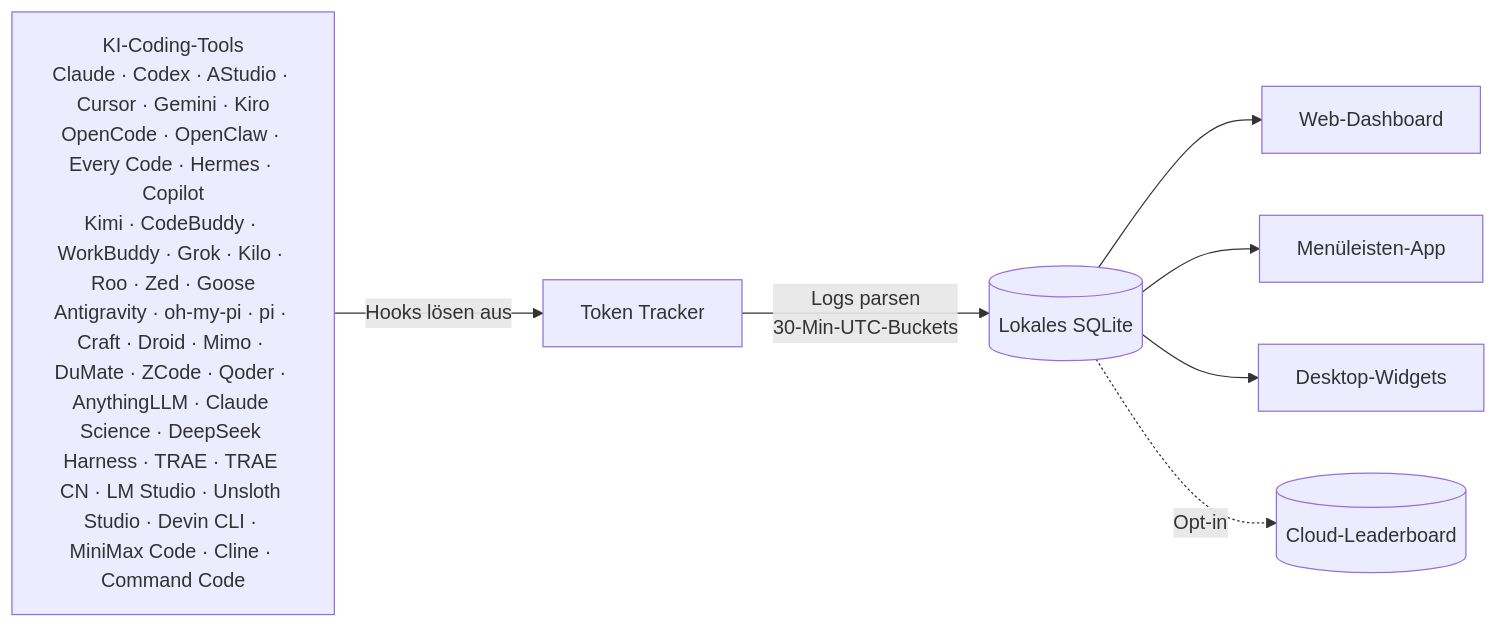
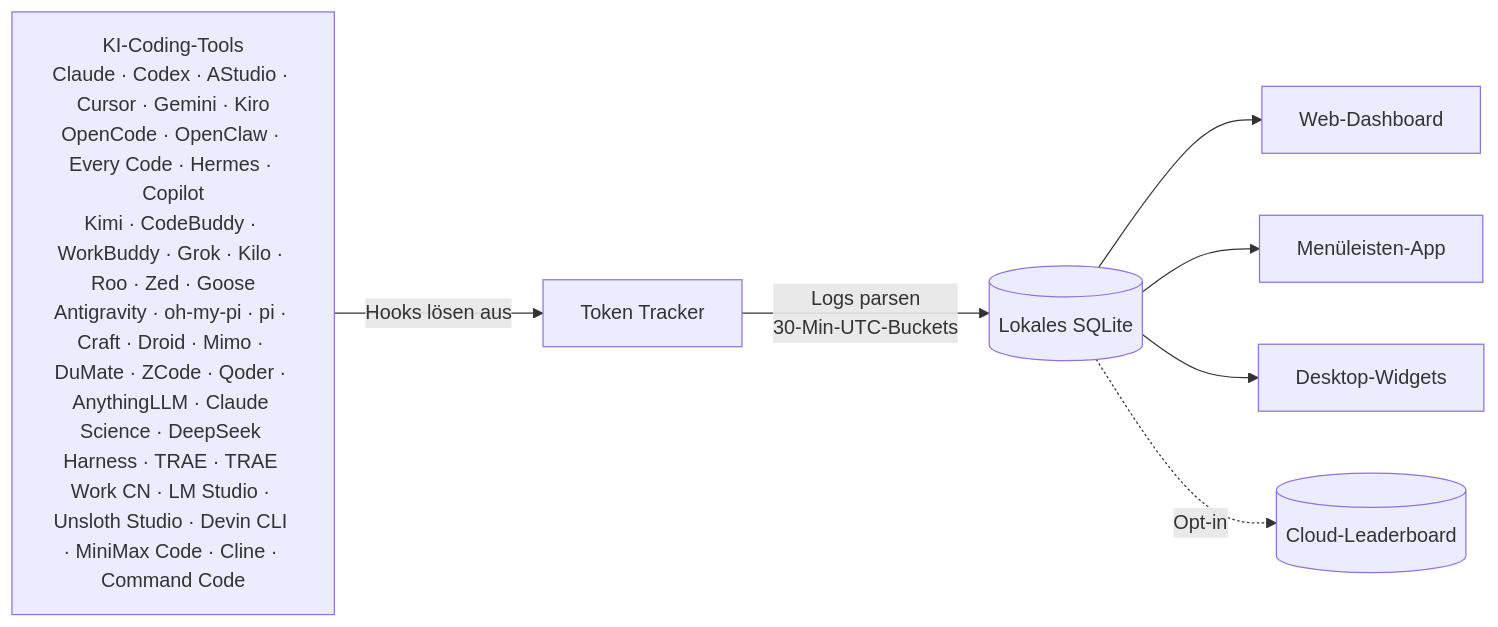
The diagram in README.de.md (01UNCLEDOG01/TokenTracker-Plus), drawn with Mermaid before and after one commit. The commit also changed other lines of this file and 74 other files, not shown here.

````diff
--- a/README.de.md
+++ b/README.de.md
@@ -206,10 +207,10 @@
 ```mermaid
 flowchart LR
-    A["KI-Coding-Tools<br/>Claude · Codex · AStudio · Cursor · Gemini · Kiro<br/>OpenCode · OpenClaw · Every Code · Hermes · Copilot<br/>Kimi · CodeBuddy · WorkBuddy · Grok · Kilo · Roo · Zed · Goose<br/>Antigravity · oh-my-pi · pi · Craft · Droid · Mimo · DuMate · ZCode · Qoder · AnythingLLM · Claude Science · DeepSeek Harness · TRAE · TRAE CN · LM Studio · Unsloth Studio · Devin CLI · MiniMax Code · Cline · Command Code"]
+    A["KI-Coding-Tools<br/>Claude · Codex · AStudio · Cursor · Gemini · Kiro<br/>OpenCode · OpenClaw · Every Code · Hermes · Copilot<br/>Kimi · CodeBuddy · WorkBuddy · Grok · Kilo · Roo · Zed · Goose<br/>Antigravity · oh-my-pi · pi · Craft · Droid · Mimo · DuMate · ZCode · Qoder · AnythingLLM · Claude Science · DeepSeek Harness · TRAE · TRAE Work CN · LM Studio · Unsloth Studio · Devin CLI · MiniMax Code · Cline · Command Code"]
     A -->|Hooks lösen aus| B[Token Tracker]
     B -->|Logs parsen<br/>30-Min-UTC-Buckets| C[(Lokales SQLite)]
     C --> D[Web-Dashboard]
     C --> E[Menüleisten-App]
     C --> F[Desktop-Widgets]
     C -.->|Opt-in| G[(Cloud-Leaderboard)]
 ```
````
